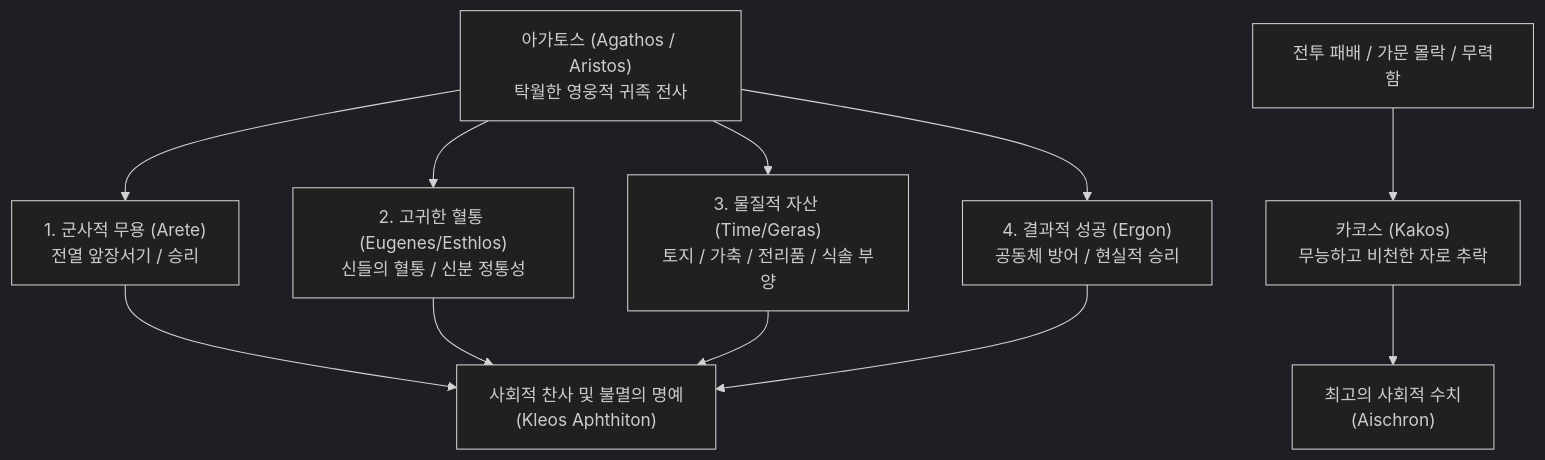
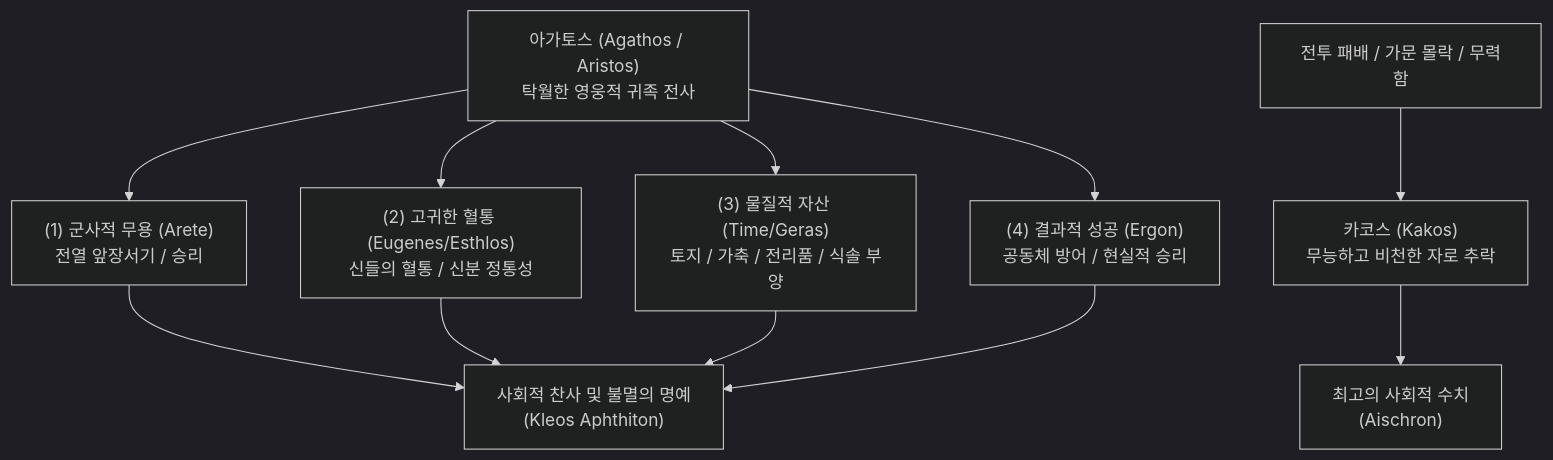
The diagram in wiki/concepts/concept-agathos.md (YgHnSIM/Homer_wiki), drawn with Mermaid (dark theme) before and after one commit. The commit also changed other lines of this file and 15 other files, not shown here.

````diff
--- a/wiki/concepts/concept-agathos.md
+++ b/wiki/concepts/concept-agathos.md
@@ -52,12 +52,12 @@
 ```mermaid
 graph TD
-    A["아가토스 (Agathos / Aristos)<br/>탁월한 영웅적 귀족 전사"] --> B["1. 군사적 무용 (Arete)<br/>전열 앞장서기 / 승리"]
-    A --> C["2. 고귀한 혈통 (Eugenes/Esthlos)<br/>신들의 혈통 / 신분 정통성"]
-    A --> D["3. 물질적 자산 (Time/Geras)<br/>토지 / 가축 / 전리품 / 식솔 부양"]
-    A --> E["4. 결과적 성공 (Ergon)<br/>공동체 방어 / 현실적 승리"]
+    A["아가토스 (Agathos / Aristos)<br/>탁월한 영웅적 귀족 전사"] --> B["(1) 군사적 무용 (Arete)<br/>전열 앞장서기 / 승리"]
+    A --> C["(2) 고귀한 혈통 (Eugenes/Esthlos)<br/>신들의 혈통 / 신분 정통성"]
+    A --> D["(3) 물질적 자산 (Time/Geras)<br/>토지 / 가축 / 전리품 / 식솔 부양"]
+    A --> E["(4) 결과적 성공 (Ergon)<br/>공동체 방어 / 현실적 승리"]
     
     B & C & D & E --> F["사회적 찬사 및 불멸의 명예<br/>(Kleos Aphthiton)"]
     
     G["전투 패배 / 가문 몰락 / 무력함"] --> H["카코스 (Kakos)<br/>무능하고 비천한 자로 추락"]
     H --> I["최고의 사회적 수치<br/>(Aischron)"]
 ```
````
